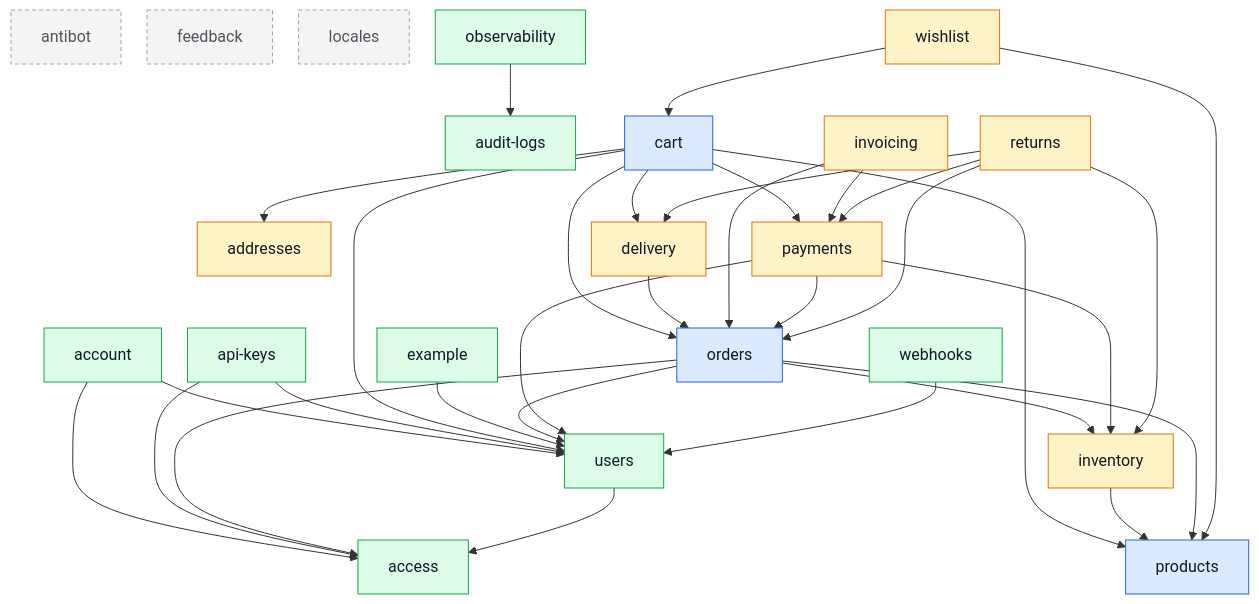
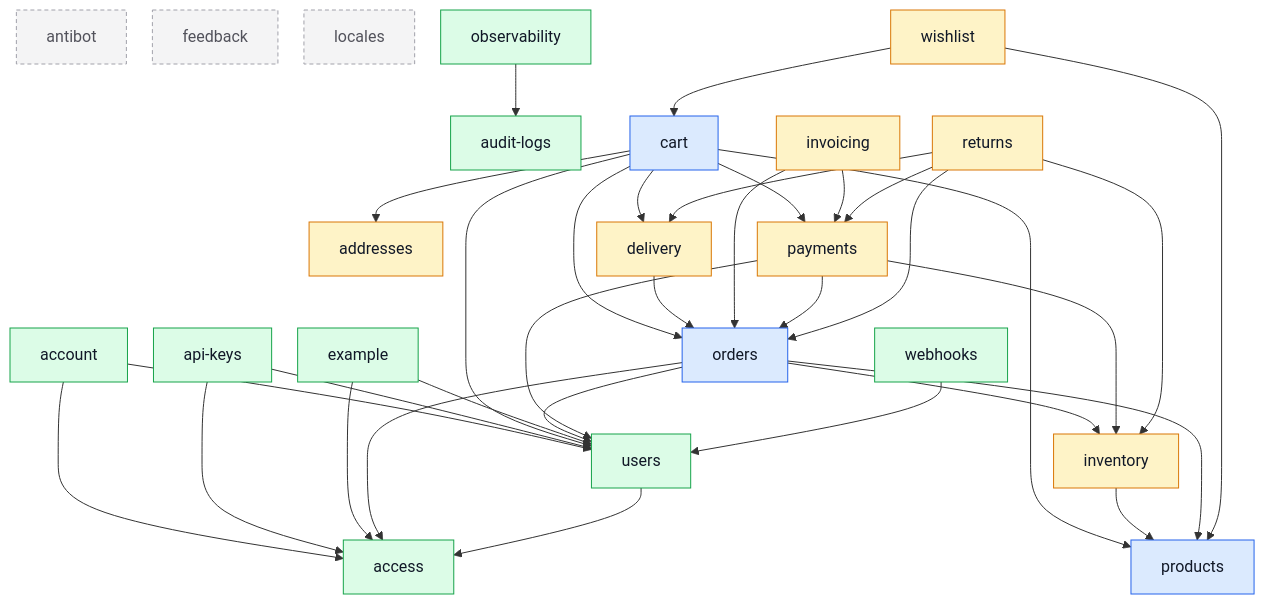
Before and after one commit to Guebbit/boilerplate-node-backend: the diagram in docs/modules/index.md, drawn with Mermaid. The commit also changed other lines of this file and 10 other files, not shown here.

````diff
--- a/docs/modules/index.md
+++ b/docs/modules/index.md
@@ -40,66 +40,67 @@
 ```mermaid
 %%{init: {'flowchart': {'nodeSpacing': 26, 'rankSpacing': 52}}}%%
 flowchart TD
     access
     account
     addresses
     antibot
     api_keys["api-keys"]
     audit_logs["audit-logs"]
     cart
     delivery
     example
     feedback
     inventory
     invoicing
     locales
     observability
     orders
     payments
     products
     returns
     users
     webhooks
     wishlist
 
     account --> access
     account --> users
     api_keys --> access
     api_keys --> users
     cart --> addresses
     cart --> delivery
     cart --> orders
     cart --> payments
     cart --> products
     cart --> users
     delivery --> orders
+    example --> access
     example --> users
     inventory --> products
     invoicing --> orders
     invoicing --> payments
     observability --> audit_logs
     orders --> access
     orders --> inventory
     orders --> products
     orders --> users
     payments --> inventory
     payments --> orders
     payments --> users
     returns --> delivery
     returns --> inventory
     returns --> orders
     returns --> payments
     users --> access
     webhooks --> users
     wishlist --> cart
     wishlist --> products
 
     classDef core fill:#dbeafe,stroke:#2563eb,color:#111827;
     classDef supporting fill:#fef3c7,stroke:#d97706,color:#111827;
     classDef generic fill:#dcfce7,stroke:#16a34a,color:#111827;
     classDef isolated fill:#f4f4f5,stroke:#a1a1aa,color:#52525b,stroke-dasharray:4 3;
     class cart,orders,products core;
     class addresses,delivery,inventory,invoicing,payments,returns,wishlist supporting;
     class access,account,api_keys,audit_logs,example,observability,users,webhooks generic;
     class antibot,feedback,locales isolated;
 ```
````
